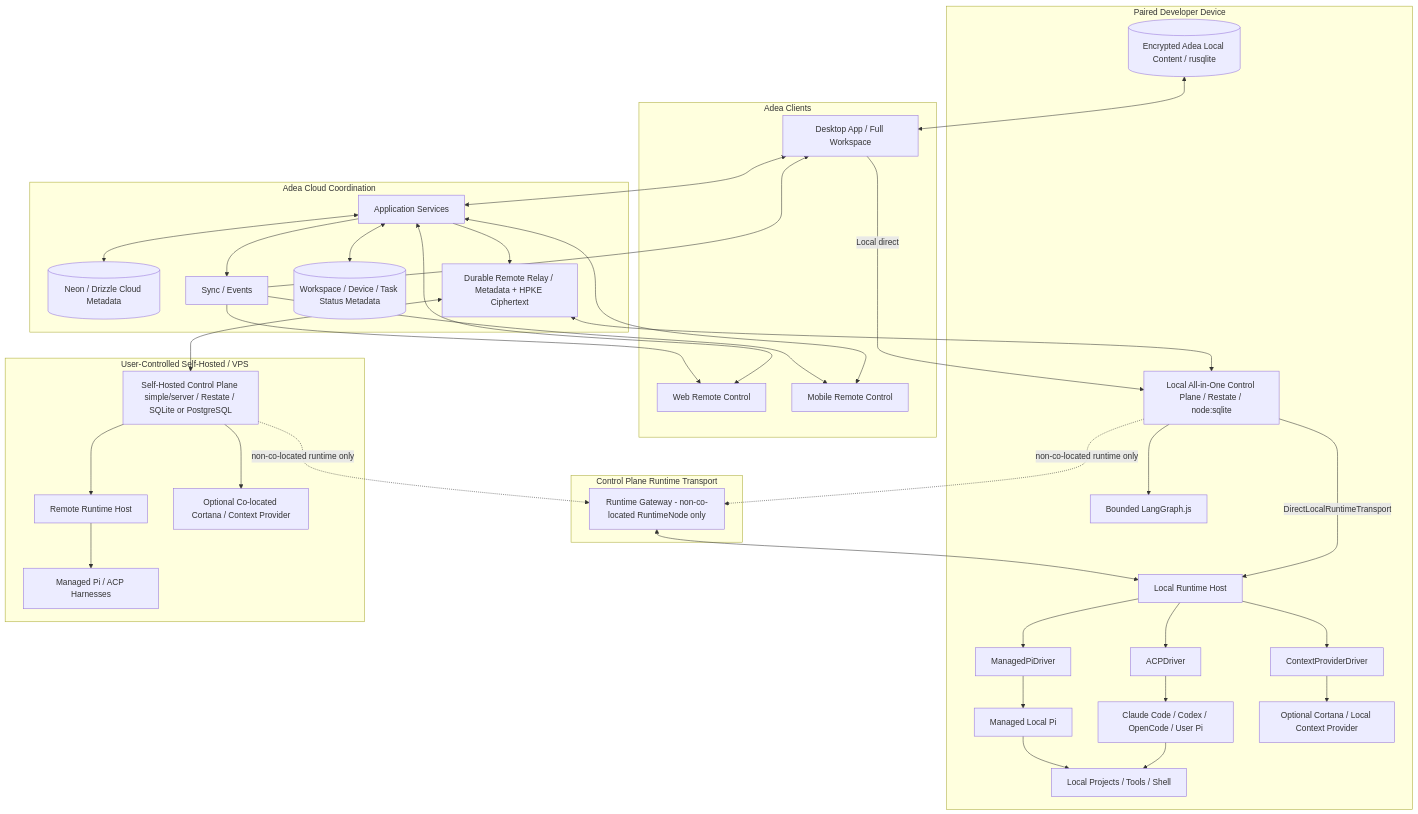
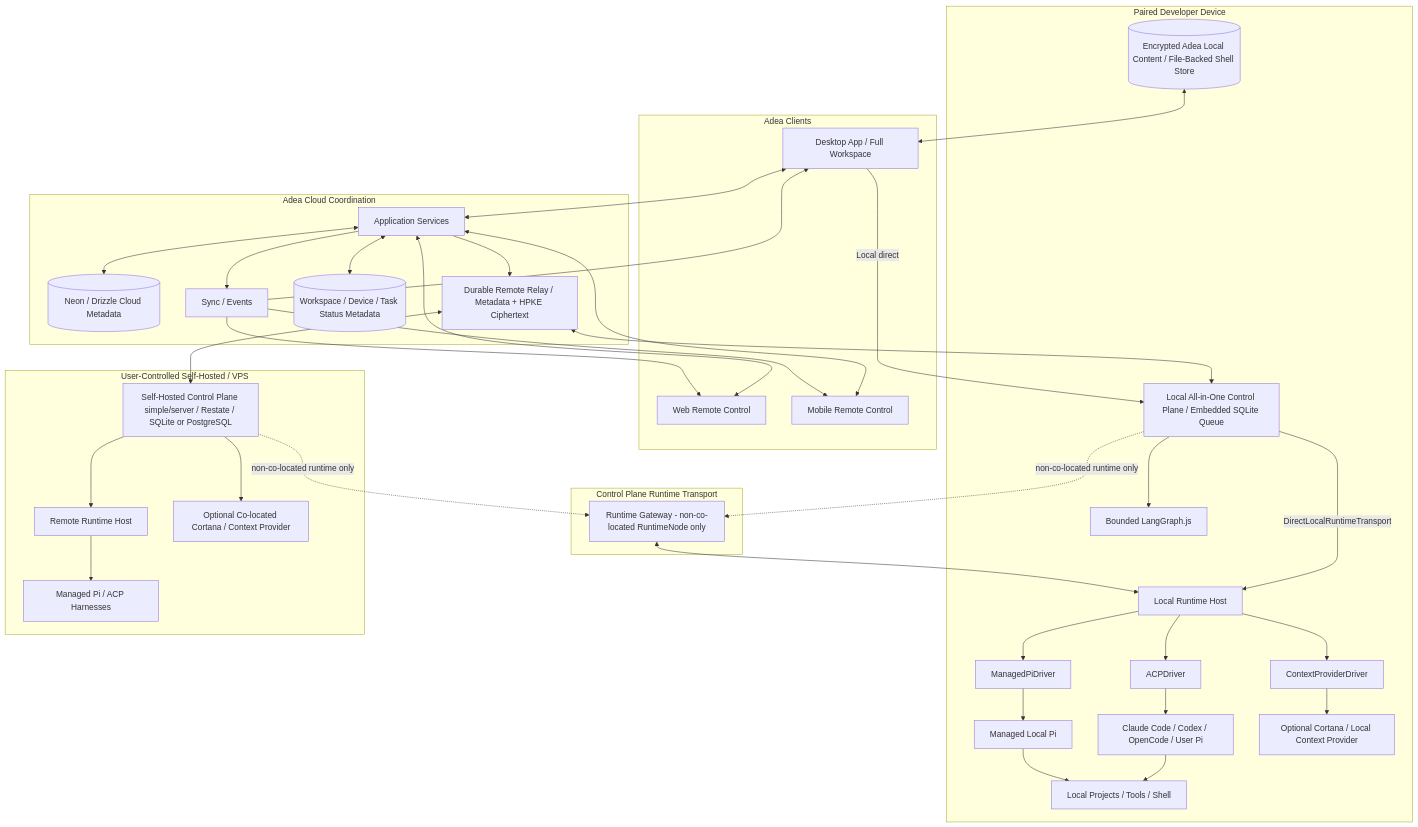
The tenth of 18 diagrams in docs/architecture/diagram-sources.md (adea-ai/adea), drawn with Mermaid before and after one commit. The commit also changed other lines of this file and 10 other files, not shown here.

Commit message:
docs: align active architecture and implementation guidance

````diff
--- a/docs/architecture/diagram-sources.md
+++ b/docs/architecture/diagram-sources.md
@@ -342,67 +367,67 @@
 ```mermaid
 flowchart TB
     subgraph Clients["Adea Clients"]
         D[Desktop App / Full Workspace]
         W[Web Remote Control]
         M[Mobile Remote Control]
     end
     subgraph Cloud["Adea Cloud Coordination"]
         APP[Application Services]
         DB[(Neon / Drizzle Cloud Metadata)]
         RELAY[Durable Remote Relay / Metadata + HPKE Ciphertext]
         META[(Workspace / Device / Task Status Metadata)]
         EVT[Sync / Events]
     end
     subgraph RuntimeTransportInfra["Control Plane Runtime Transport"]
         RG[Runtime Gateway - non-co-located RuntimeNode only]
     end
     subgraph Local["Paired Developer Device"]
-        LC[(Encrypted Adea Local Content / rusqlite)]
-        LCP[Local All-in-One Control Plane / Restate / node:sqlite]
+        LC[(Encrypted Adea Local Content / File-Backed Shell Store)]
+        LCP[Local All-in-One Control Plane / Embedded SQLite Queue]
         LG[Bounded LangGraph.js]
         RH[Local Runtime Host]
         MPI[Managed Local Pi]
         MPD[ManagedPiDriver]
         ACPD[ACPDriver]
         CPD[ContextProviderDriver]
         EXT[Claude Code / Codex / OpenCode / User Pi]
         ENV[Local Projects / Tools / Shell]
         CT[Optional Cortana / Local Context Provider]
     end
     subgraph Hosted["User-Controlled Self-Hosted / VPS"]
         HCP[Self-Hosted Control Plane simple/server / Restate / SQLite or PostgreSQL]
         HRT[Remote Runtime Host]
         HPI[Managed Pi / ACP Harnesses]
         HCT[Optional Co-located Cortana / Context Provider]
     end
     D <--> APP
     W <--> APP
     M <--> APP
     APP <--> DB
     APP --> RELAY
     APP <--> META
     APP --> EVT
     LCP --> LG
     RELAY <--> LCP
     RELAY <--> HCP
     LCP -. non-co-located runtime only .-> RG
     HCP -. non-co-located runtime only .-> RG
     RG <--> RH
     HCP --> HRT
     HCP --> HCT
     HRT --> HPI
     LC <--> D
     D -->|Local direct| LCP
     LCP -->|DirectLocalRuntimeTransport| RH
     EVT --> D
     EVT --> W
     EVT --> M
     RH --> MPD
     MPD --> MPI
     RH --> ACPD
     ACPD --> EXT
     RH --> CPD
     CPD --> CT
     MPI --> ENV
     EXT --> ENV
 ```
````
